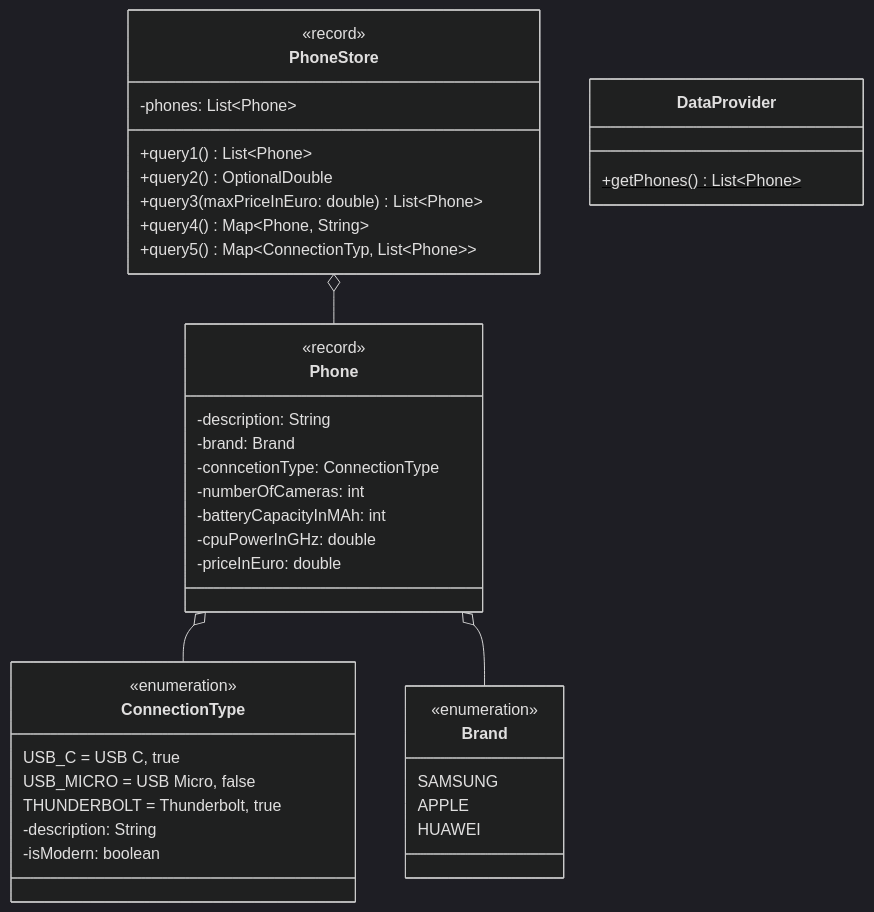
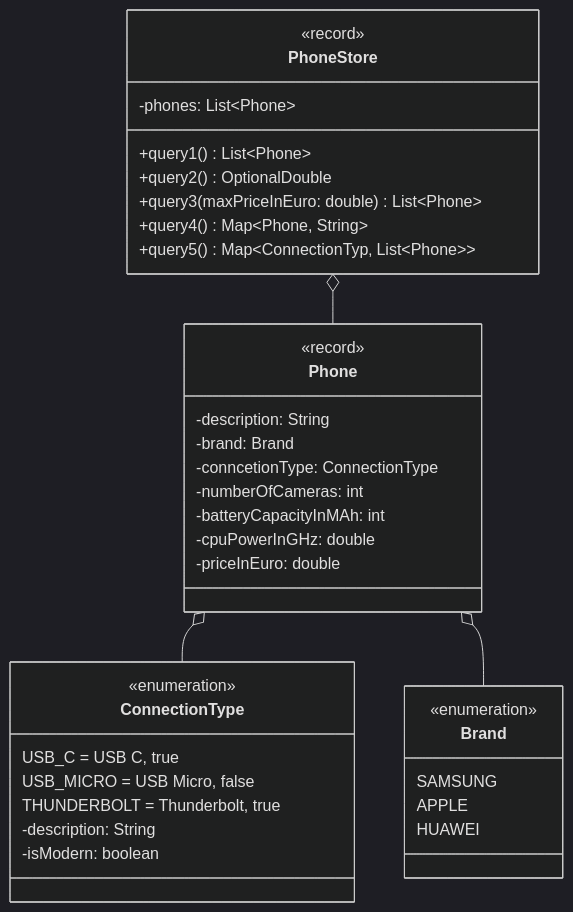
One commit to jappuccini/java-docs changed the diagram in docs/exam-exercises/exam-exercises-java2/phone-store.md. Above: the diagram before and after it, drawn with Mermaid (dark theme). The commit also changed 2 other files, not shown here.

Commit message:
update java stream api exercises

````diff
--- a/docs/exam-exercises/exam-exercises-java2/phone-store.md
+++ b/docs/exam-exercises/exam-exercises-java2/phone-store.md
@@ -12,47 +12,43 @@
 ```mermaid
 classDiagram
     Phone o-- ConnectionType
     Phone o-- Brand
     PhoneStore o-- Phone
 
     class ConnectionType {
         <<enumeration>>
         USB_C = USB C, true
         USB_MICRO = USB Micro, false
         THUNDERBOLT = Thunderbolt, true
         -description: String
         -isModern: boolean
     }
 
     class Brand {
         <<enumeration>>
         SAMSUNG
         APPLE
         HUAWEI
     }
 
     class Phone {
         <<record>>
         -description: String
         -brand: Brand
         -conncetionType: ConnectionType
         -numberOfCameras: int
         -batteryCapacityInMAh: int
         -cpuPowerInGHz: double
         -priceInEuro: double
     }
 
-    class DataProvider {
-        +getPhones()$ List~Phone~
-    }
-
     class PhoneStore {
         <<record>>
         -phones: List~Phone~
         +query1() List~Phone~
         +query2() OptionalDouble
         +query3(maxPriceInEuro: double) List~Phone~
         +query4() Map~Phone, String~
         +query5() Map~ConnectionTyp&sbquo; List~Phone~~
     }
 ```
````
